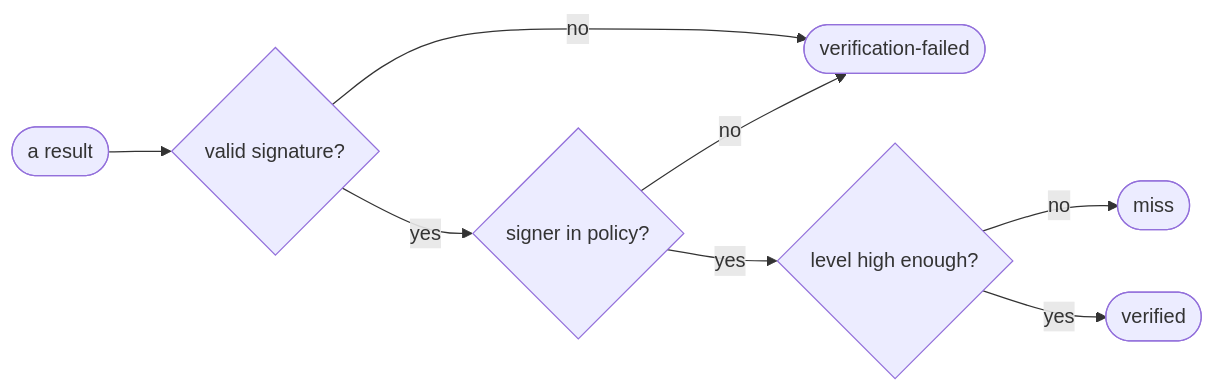
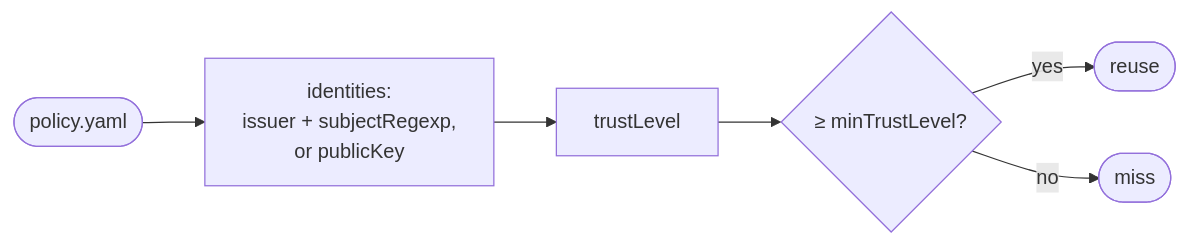
The diagram in docs/guides/trust-policy.md (TrianaLab/aval), drawn with Mermaid before and after one commit. The commit also changed other lines of this file and 48 other files, not shown here.

````diff
--- a/docs/guides/trust-policy.md
+++ b/docs/guides/trust-policy.md
@@ -5,10 +5,6 @@
 ```mermaid
 flowchart LR
-  r([a result]) --> sig{valid signature?}
-  sig -- no --> f([verification-failed]):::err
-  sig -- yes --> who{signer in policy?}
-  who -- no --> f
-  who -- yes --> lvl{level high enough?}
-  lvl -- no --> m([miss]):::muted
-  lvl -- yes --> ok([verified]):::ok
+  p([policy.yaml]) --> id["identities:<br>issuer + subjectRegexp,<br>or publicKey"] --> tl[trustLevel] --> min{"≥ minTrustLevel?"}
+  min -- yes --> ok([reuse]):::ok
+  min -- no --> m([miss]):::muted
 ```
````
